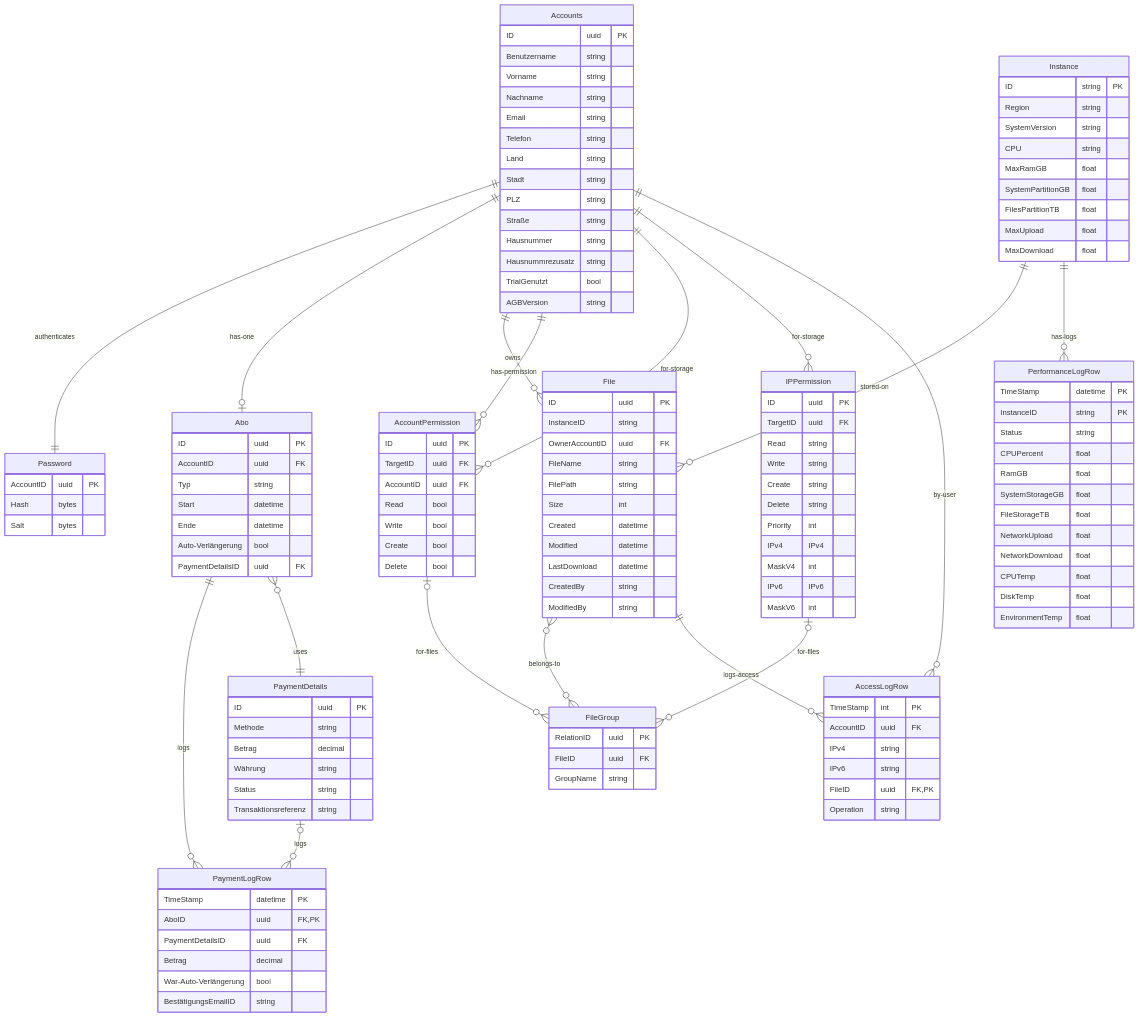
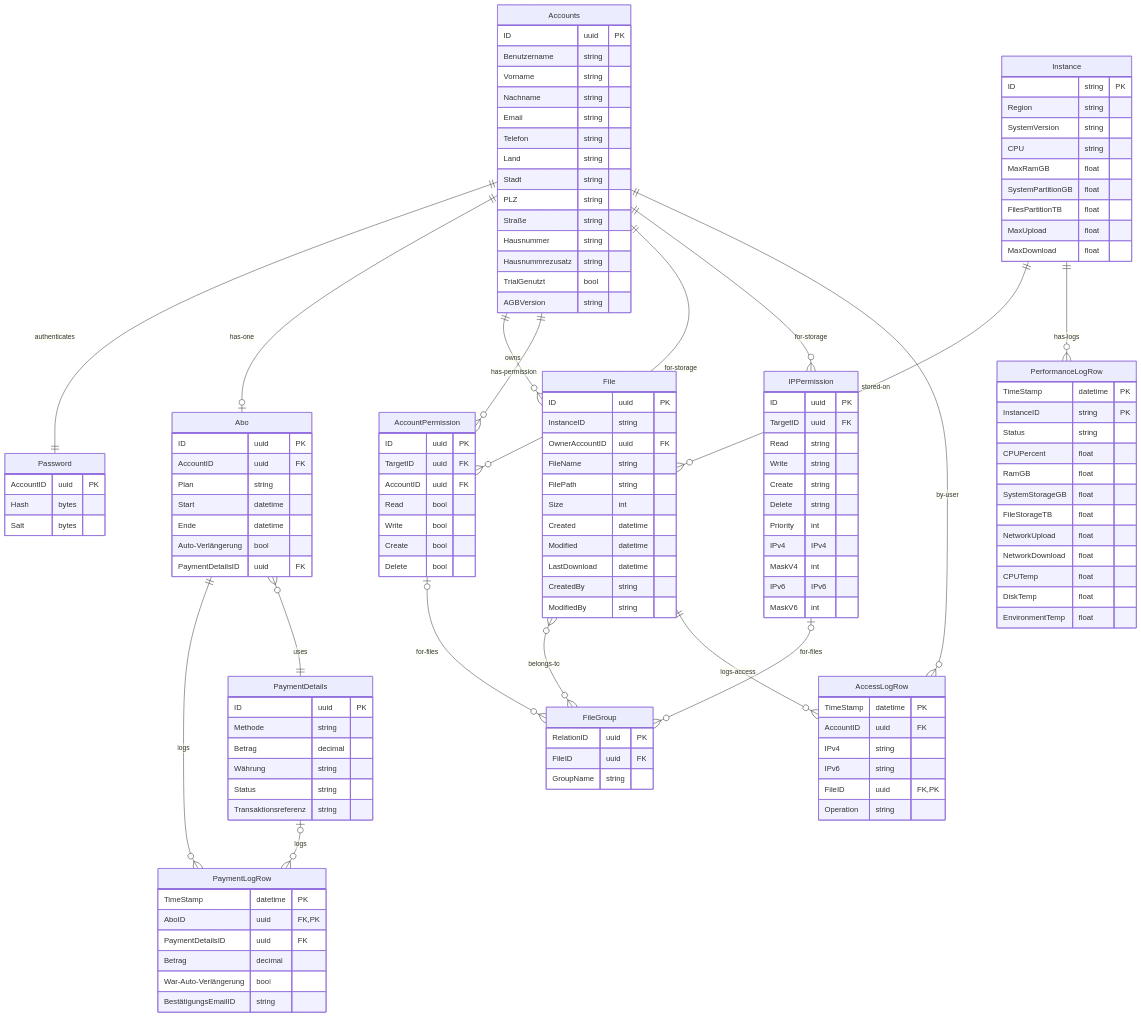
The diagram in docs/Schemas.md (FelixBrockwitz-s3005540/DataWarehouse), drawn with Mermaid before and after one commit. The commit also changed other lines of this file and 7 other files, not shown here.

```diff
--- a/docs/Schemas.md
+++ b/docs/Schemas.md
@@ -31,7 +31,7 @@
     Abo {
         ID uuid PK
         AccountID uuid FK
-        Typ string
+        Plan string
         Start datetime
         Ende datetime
         Auto-Verlängerung bool
@@ -115,7 +115,7 @@
 
     %% Logs DB
     AccessLogRow {
-        TimeStamp int PK
+        TimeStamp datetime PK
         AccountID uuid FK
         IPv4 string
         IPv6 string
```
